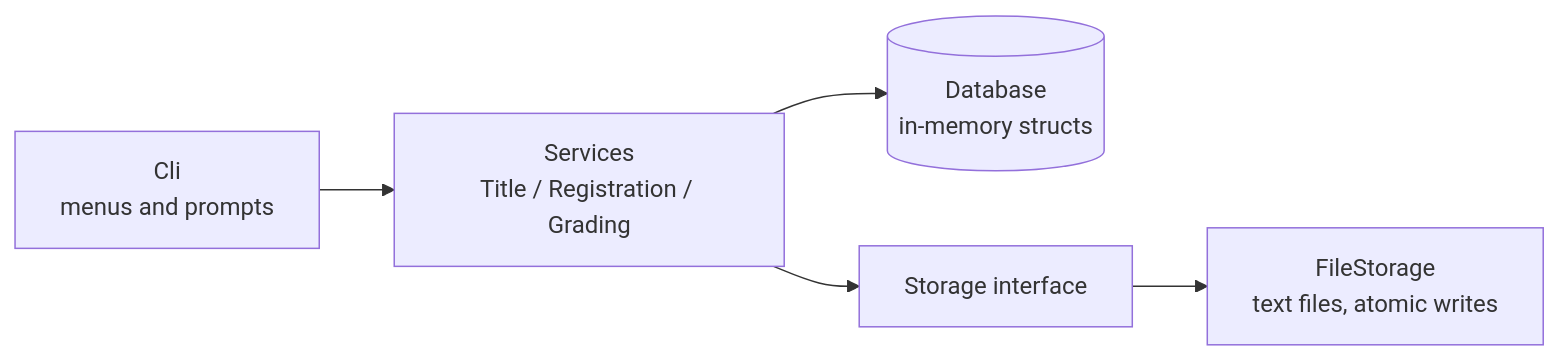
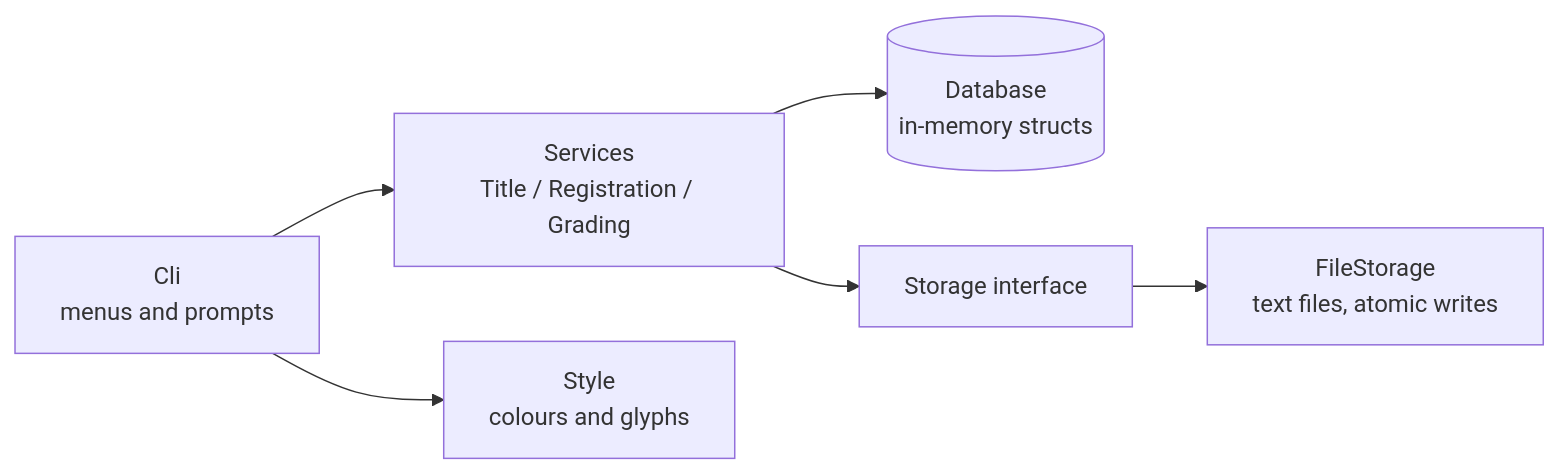
One commit to zijing0907/fyp-manager changed the diagram in README.md. Above: the diagram before and after it, drawn with Mermaid. The commit also changed other lines of this file and 16 other files, not shown here.

````diff
--- a/README.md
+++ b/README.md
@@ -110,7 +137,8 @@
 ```mermaid
 flowchart LR
     cli["Cli<br/>menus and prompts"] --> svc["Services<br/>Title / Registration / Grading"]
+    cli --> sty["Style<br/>colours and glyphs"]
     svc --> db[("Database<br/>in-memory structs")]
     svc --> st["Storage interface"]
     st --> fs["FileStorage<br/>text files, atomic writes"]
 ```
````
